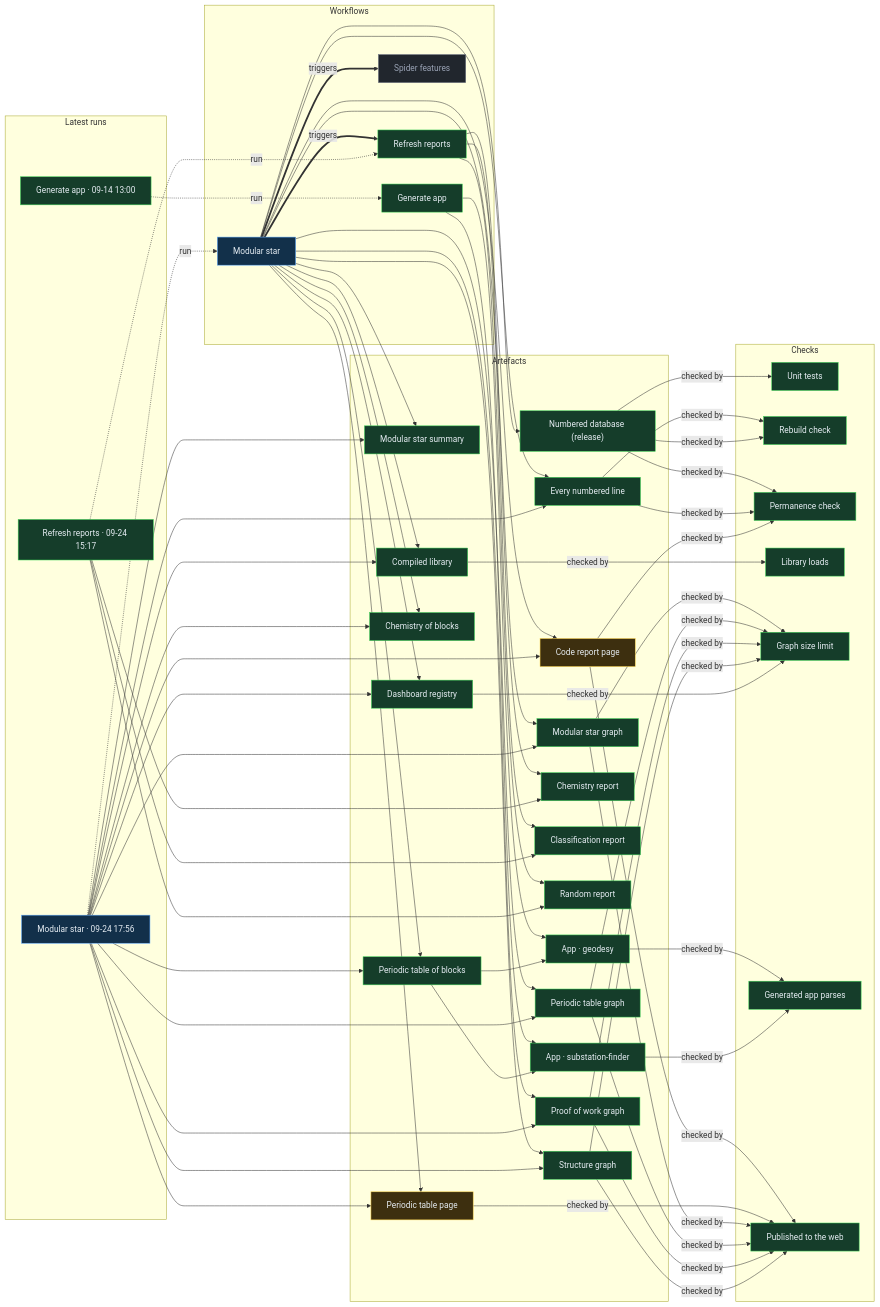
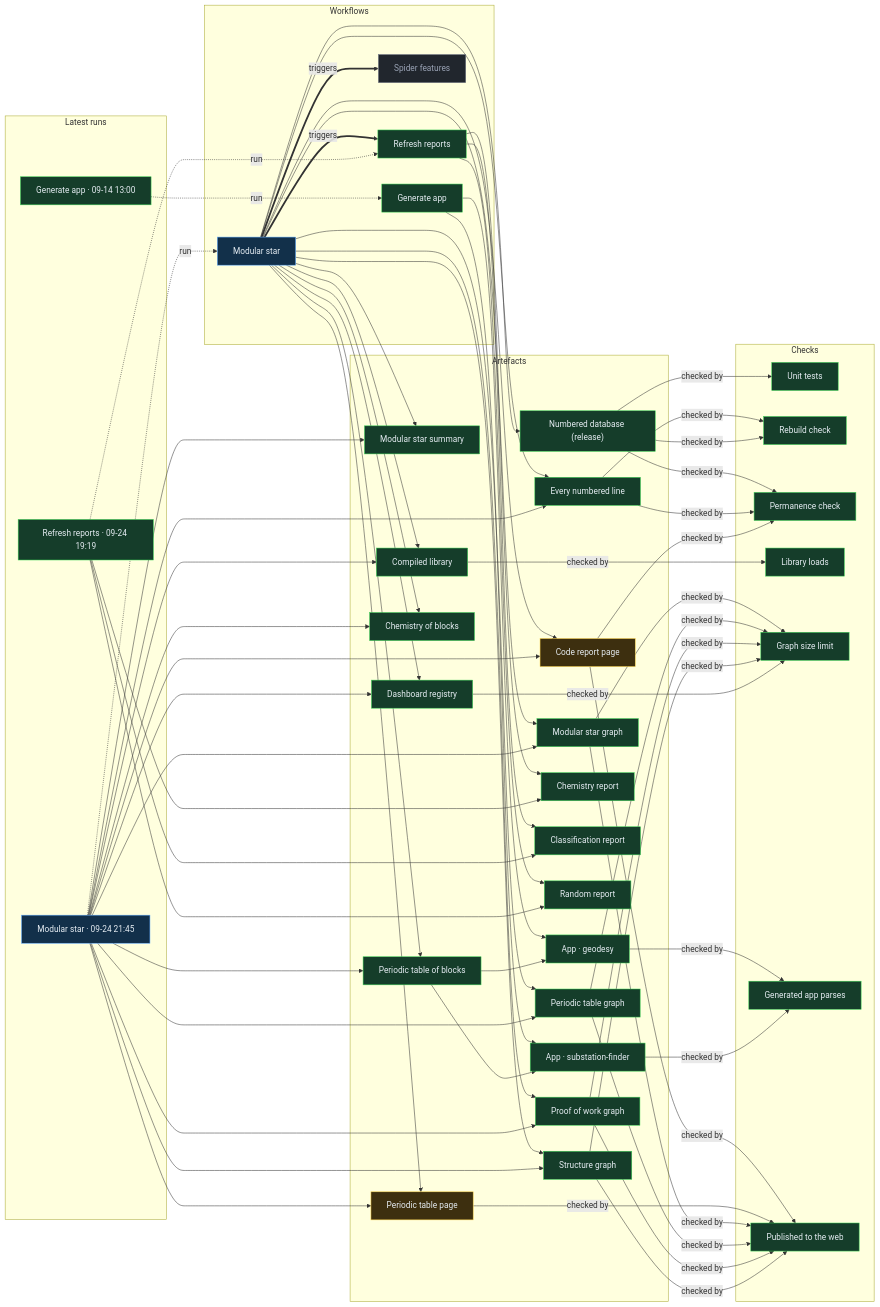
One commit to Ventusltd/stars changed the diagram in proof/PROOF.md. Above: the diagram before and after it, drawn with Mermaid. The commit also changed other lines of this file and 35 other files, not shown here.

Commit message:
Modular star 2026-09-24T21:47Z

```diff
--- a/proof/PROOF.md
+++ b/proof/PROOF.md
@@ -24,8 +24,8 @@
   n_wf_spider_features["Spider features"]:::off
   end
   subgraph g_runs["Latest runs"]
-  n_run_36037739892["Modular star · 09-24 17:56"]:::live
-  n_run_36019093402["Refresh reports · 09-24 15:17"]:::ok
+  n_run_36063487306["Modular star · 09-24 21:45"]:::live
+  n_run_36047373991["Refresh reports · 09-24 19:19"]:::ok
   n_run_34846587798["Generate app · 09-14 13:00"]:::ok
   end
   subgraph g_artefacts["Artefacts"]
@@ -59,39 +59,39 @@
   end
   n_wf_modular_star == triggers ==> n_wf_refresh
   n_wf_modular_star == triggers ==> n_wf_spider_features
-  n_run_36037739892 -. run .-> n_wf_modular_star
-  n_run_36019093402 -. run .-> n_wf_refresh
+  n_run_36063487306 -. run .-> n_wf_modular_star
+  n_run_36047373991 -. run .-> n_wf_refresh
   n_run_34846587798 -. run .-> n_wf_generate
   n_wf_modular_star --> n_art_summary
-  n_run_36037739892 --> n_art_summary
+  n_run_36063487306 --> n_art_summary
   n_wf_modular_star --> n_art_lines
-  n_run_36037739892 --> n_art_lines
+  n_run_36063487306 --> n_art_lines
   n_wf_modular_star --> n_art_code
-  n_run_36037739892 --> n_art_code
+  n_run_36063487306 --> n_art_code
   n_wf_modular_star --> n_art_modular_graph
-  n_run_36037739892 --> n_art_modular_graph
+  n_run_36063487306 --> n_art_modular_graph
   n_wf_modular_star --> n_art_blocks
-  n_run_36037739892 --> n_art_blocks
+  n_run_36063487306 --> n_art_blocks
   n_wf_modular_star --> n_art_table
-  n_run_36037739892 --> n_art_table
+  n_run_36063487306 --> n_art_table
   n_wf_modular_star --> n_art_blocks_graph
-  n_run_36037739892 --> n_art_blocks_graph
+  n_run_36063487306 --> n_art_blocks_graph
   n_wf_modular_star --> n_art_reactions
-  n_run_36037739892 --> n_art_reactions
+  n_run_36063487306 --> n_art_reactions
   n_wf_modular_star --> n_art_library
-  n_run_36037739892 --> n_art_library
+  n_run_36063487306 --> n_art_library
   n_wf_modular_star --> n_art_features
-  n_run_36037739892 --> n_art_features
+  n_run_36063487306 --> n_art_features
   n_wf_modular_star --> n_art_proof
-  n_run_36037739892 --> n_art_proof
+  n_run_36063487306 --> n_art_proof
   n_wf_modular_star --> n_art_structure
-  n_run_36037739892 --> n_art_structure
+  n_run_36063487306 --> n_art_structure
   n_wf_refresh --> n_art_chemistry
-  n_run_36019093402 --> n_art_chemistry
+  n_run_36047373991 --> n_art_chemistry
   n_wf_refresh --> n_art_vedic
-  n_run_36019093402 --> n_art_vedic
+  n_run_36047373991 --> n_art_vedic
   n_wf_refresh --> n_art_random
-  n_run_36019093402 --> n_art_random
+  n_run_36047373991 --> n_art_random
   n_wf_modular_star --> n_art_release
   n_wf_generate --> n_app_geodesy
   n_art_blocks --> n_app_geodesy
```
